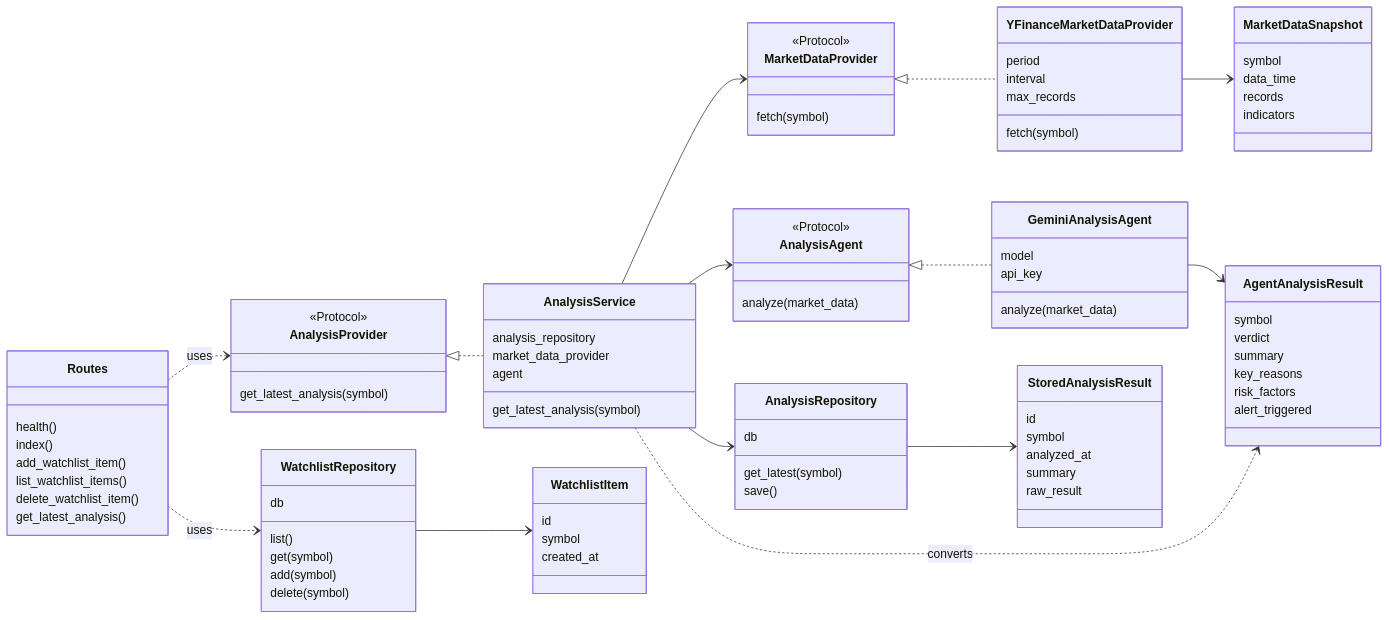
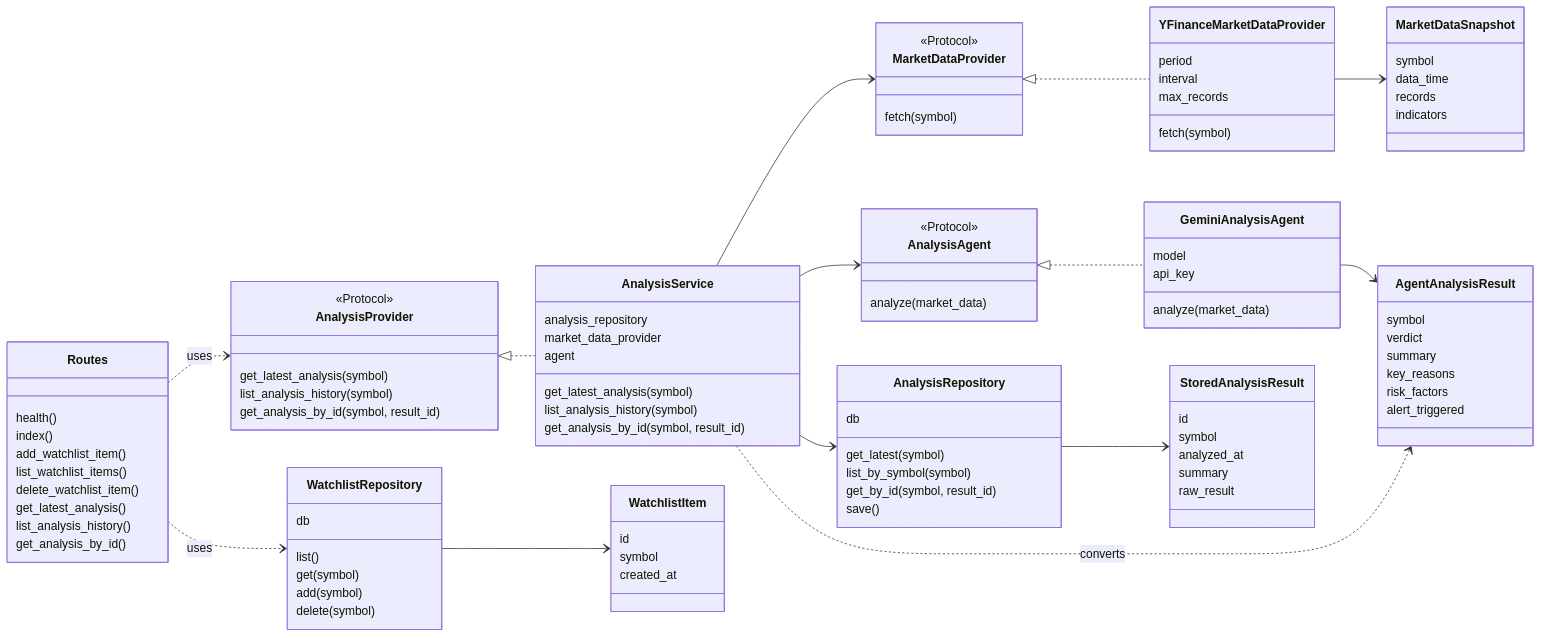
Before and after one commit to kysuk05/stock-agent: the fourth of 4 diagrams in design_draft.md, drawn with Mermaid. The commit also changed other lines of this file and 12 other files, not shown here.

Commit message:
Add analysis history API and dashboard

```diff
--- a/design_draft.md
+++ b/design_draft.md
@@ -257,13 +258,19 @@
     Routes : list_watchlist_items()
     Routes : delete_watchlist_item()
     Routes : get_latest_analysis()
+    Routes : list_analysis_history()
+    Routes : get_analysis_by_id()
 
     AnalysisProvider : get_latest_analysis(symbol)
+    AnalysisProvider : list_analysis_history(symbol)
+    AnalysisProvider : get_analysis_by_id(symbol, result_id)
 
     AnalysisService : analysis_repository
     AnalysisService : market_data_provider
     AnalysisService : agent
     AnalysisService : get_latest_analysis(symbol)
+    AnalysisService : list_analysis_history(symbol)
+    AnalysisService : get_analysis_by_id(symbol, result_id)
 
     WatchlistRepository : db
     WatchlistRepository : list()
@@ -273,6 +280,8 @@
 
     AnalysisRepository : db
     AnalysisRepository : get_latest(symbol)
+    AnalysisRepository : list_by_symbol(symbol)
+    AnalysisRepository : get_by_id(symbol, result_id)
     AnalysisRepository : save()
 
     MarketDataProvider : fetch(symbol)
```
